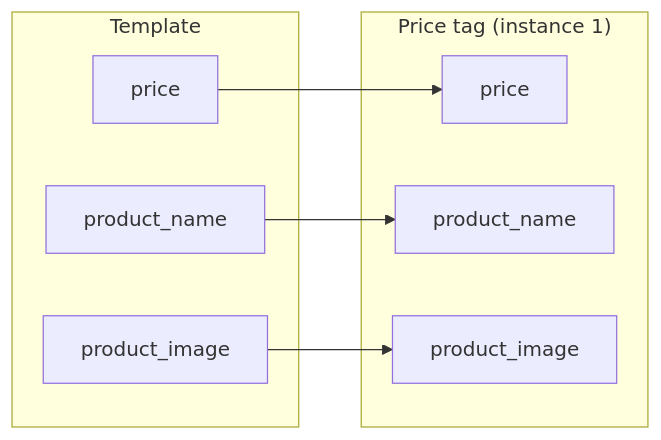
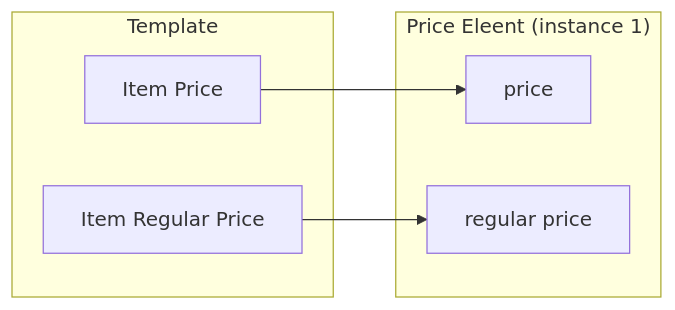
The first of 4 diagrams in docs/GraFx-Studio/concepts/component-mapping/index.md (chili-publish/grafx-documentation), drawn with Mermaid before and after one commit. The commit also changed other lines of this file and 38 other files, not shown here.

````diff
--- a/docs/GraFx-Studio/concepts/component-mapping/index.md
+++ b/docs/GraFx-Studio/concepts/component-mapping/index.md
@@ -35,16 +35,13 @@
     ```mermaid
     flowchart LR
         subgraph Template
-            T1["price"]
-            T2["product_name"]
-            T3["product_image"]
+            T1["Item Price"]
+            T2["Item Regular Price"]
         end
-        subgraph "Price tag (instance 1)"
+        subgraph "Price Eleent (instance 1)"
             C1["price"]
-            C2["product_name"]
-            C3["product_image"]
+            C2["regular price"]
         end
         T1 --> C1
         T2 --> C2
-        T3 --> C3
     ```
````
